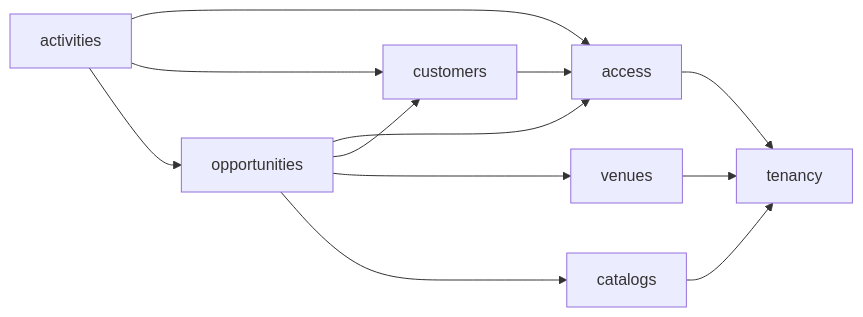
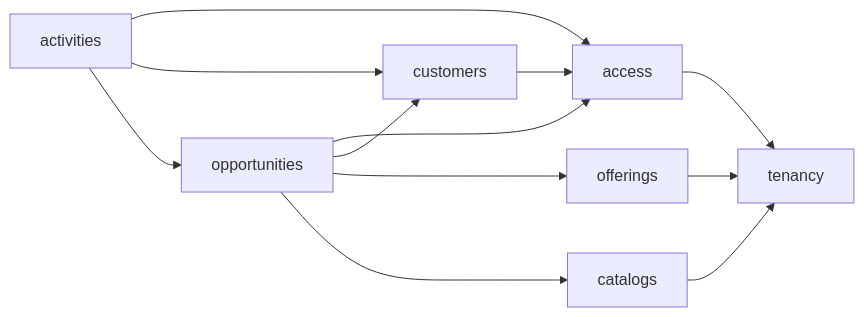
Before and after one commit to FranRuggi/UNLAM-GADS1: the diagram in docs/arquitectura/02-modulos-y-capas.md, drawn with Mermaid. The commit also changed other lines of this file and 137 other files, not shown here.

````diff
--- a/docs/arquitectura/02-modulos-y-capas.md
+++ b/docs/arquitectura/02-modulos-y-capas.md
@@ -19,14 +19,14 @@
 ```mermaid
 flowchart LR
     access --> tenancy
     customers --> access
-    venues --> tenancy
+    offerings --> tenancy
     catalogs --> tenancy
     opportunities --> access
     opportunities --> customers
-    opportunities --> venues
+    opportunities --> offerings
     opportunities --> catalogs
     activities --> access
     activities --> customers
     activities --> opportunities
 ```
````
